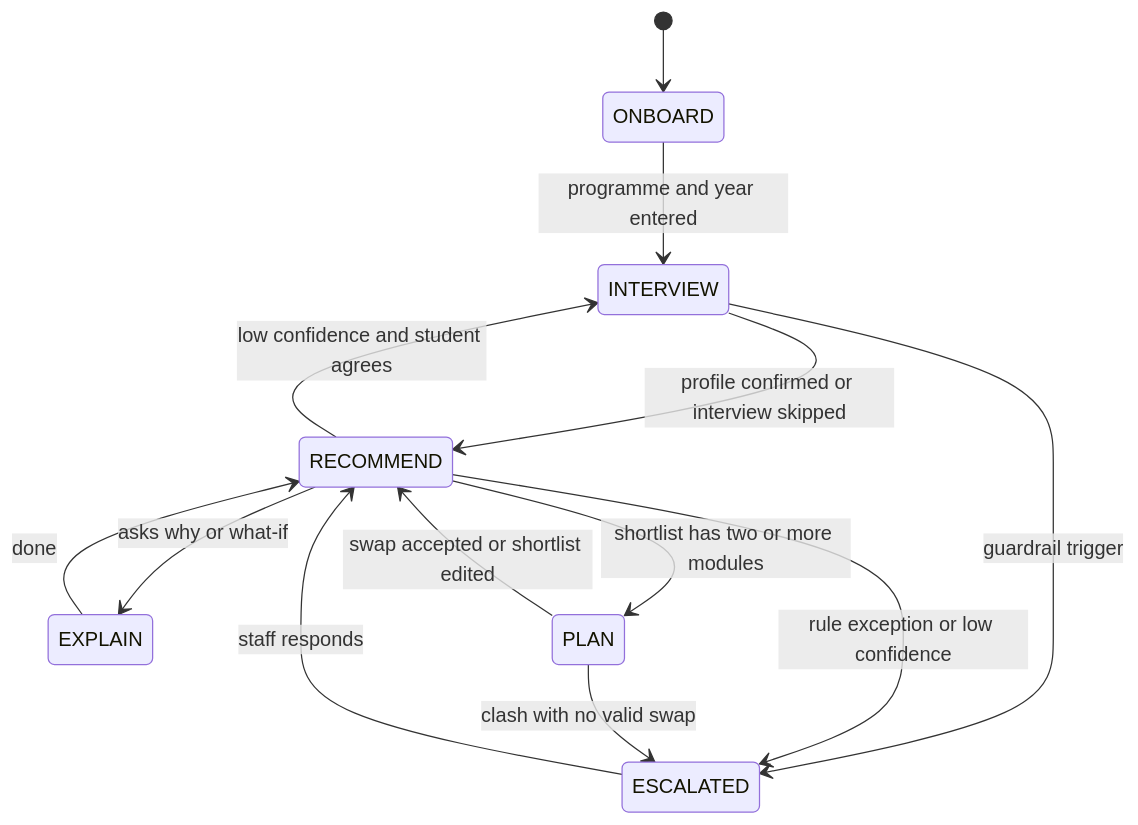
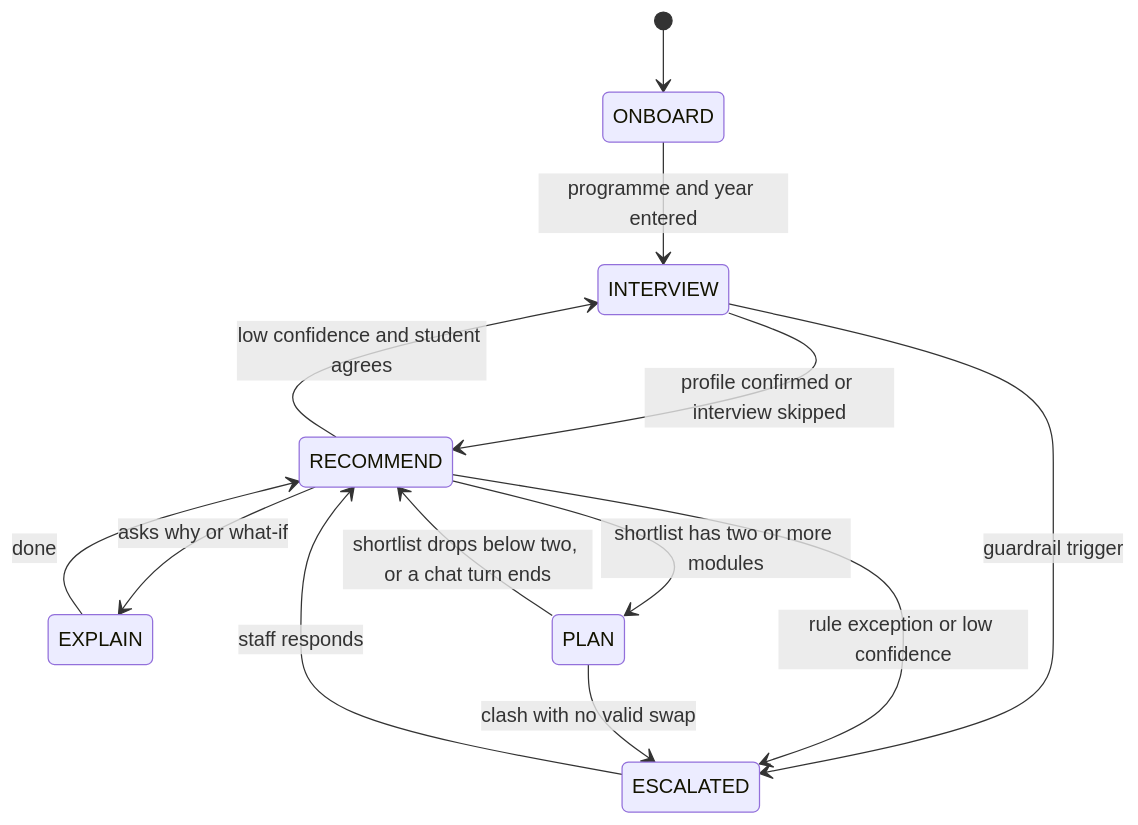
Before and after one commit to arnavpopley/imperial-ai-hack: the second of 2 diagrams in MODULE_MATCHER_SPEC.md, drawn with Mermaid. The commit also changed other lines of this file and 12 other files, not shown here.

First line of the commit message:
Swaps stay like for like within the rules, and the shortlist POST owns RECOMMEND <-> PLAN

````diff
--- a/MODULE_MATCHER_SPEC.md
+++ b/MODULE_MATCHER_SPEC.md
@@ -649,15 +649,15 @@
 ```mermaid
 stateDiagram-v2
   [*] --> ONBOARD
   ONBOARD --> INTERVIEW: programme and year entered
   INTERVIEW --> RECOMMEND: profile confirmed or interview skipped
   RECOMMEND --> EXPLAIN: asks why or what-if
   EXPLAIN --> RECOMMEND: done
   RECOMMEND --> INTERVIEW: low confidence and student agrees
   RECOMMEND --> PLAN: shortlist has two or more modules
-  PLAN --> RECOMMEND: swap accepted or shortlist edited
+  PLAN --> RECOMMEND: shortlist drops below two, or a chat turn ends
   INTERVIEW --> ESCALATED: guardrail trigger
   RECOMMEND --> ESCALATED: rule exception or low confidence
   PLAN --> ESCALATED: clash with no valid swap
   ESCALATED --> RECOMMEND: staff responds
 ```
````
